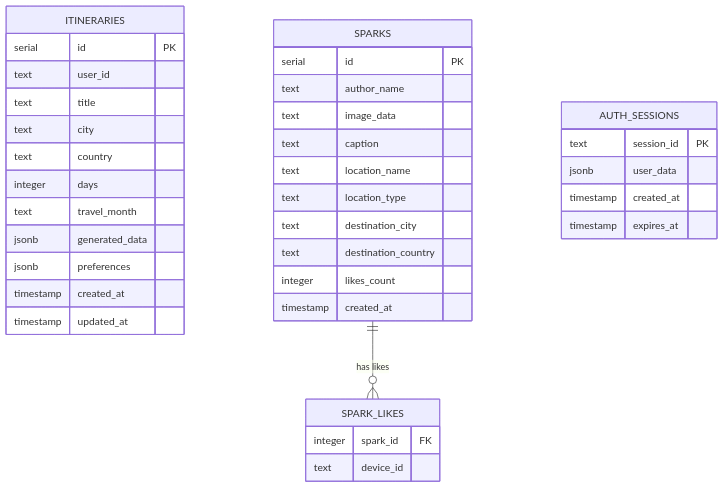
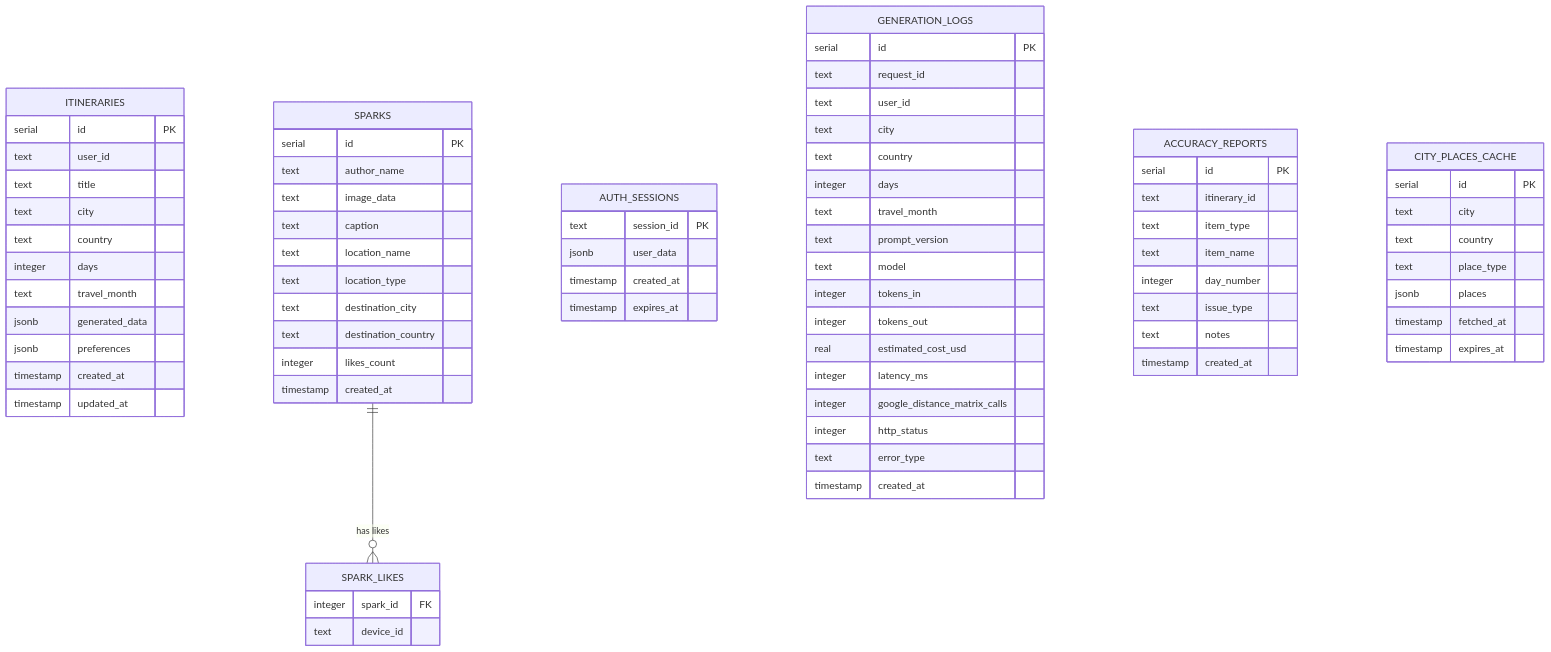
Before and after one commit to prateekroy13/SeniorTravelPlanner: the fifth of 12 diagrams in ARCHITECTURE.md, drawn with Mermaid. The commit also changed other lines of this file and 2 other files, not shown here.

````diff
--- a/ARCHITECTURE.md
+++ b/ARCHITECTURE.md
@@ -169,4 +172,45 @@
     }
 
     SPARKS ||--o{ SPARK_LIKES : "has likes"
+
+    GENERATION_LOGS {
+        serial id PK
+        text request_id
+        text user_id
+        text city
+        text country
+        integer days
+        text travel_month
+        text prompt_version
+        text model
+        integer tokens_in
+        integer tokens_out
+        real estimated_cost_usd
+        integer latency_ms
+        integer google_distance_matrix_calls
+        integer http_status
+        text error_type
+        timestamp created_at
+    }
+
+    ACCURACY_REPORTS {
+        serial id PK
+        text itinerary_id
+        text item_type
+        text item_name
+        integer day_number
+        text issue_type
+        text notes
+        timestamp created_at
+    }
+
+    CITY_PLACES_CACHE {
+        serial id PK
+        text city
+        text country
+        text place_type
+        jsonb places
+        timestamp fetched_at
+        timestamp expires_at
+    }
 ```
````
